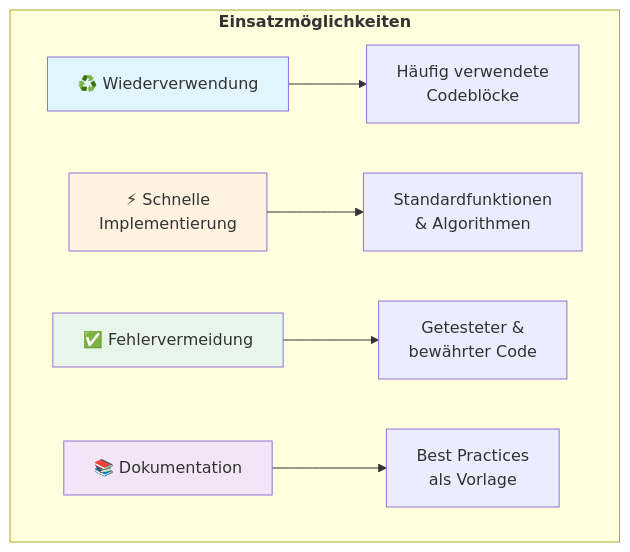
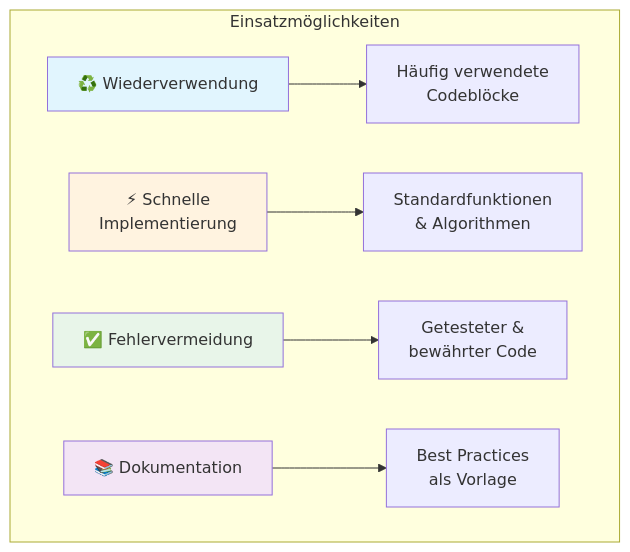
One commit to ralf-42/ML_Intro changed the fourth of 5 diagrams in docs/concepts/grundlagen/coding-arbeitsweisen.md. Above: the diagram before and after it, drawn with Mermaid. The commit also changed 6 other files, not shown here.

````diff
--- a/docs/concepts/grundlagen/coding-arbeitsweisen.md
+++ b/docs/concepts/grundlagen/coding-arbeitsweisen.md
@@ -202,14 +202,14 @@
 ```mermaid
 flowchart TD
-    subgraph Vorteile["<b>Einsatzmöglichkeiten</b>"]
+    subgraph Vorteile["Einsatzmöglichkeiten"]
         A[♻️ Wiederverwendung] --> A1[Häufig verwendete<br/>Codeblöcke]
         B[⚡ Schnelle<br/>Implementierung] --> B1[Standardfunktionen<br/>& Algorithmen]
         C[✅ Fehlervermeidung] --> C1[Getesteter &<br/>bewährter Code]
         D[📚 Dokumentation] --> D1[Best Practices<br/>als Vorlage]
     end
     
     style A fill:#e1f5fe
     style B fill:#fff3e0
     style C fill:#e8f5e9
     style D fill:#f3e5f5
 ```
````
